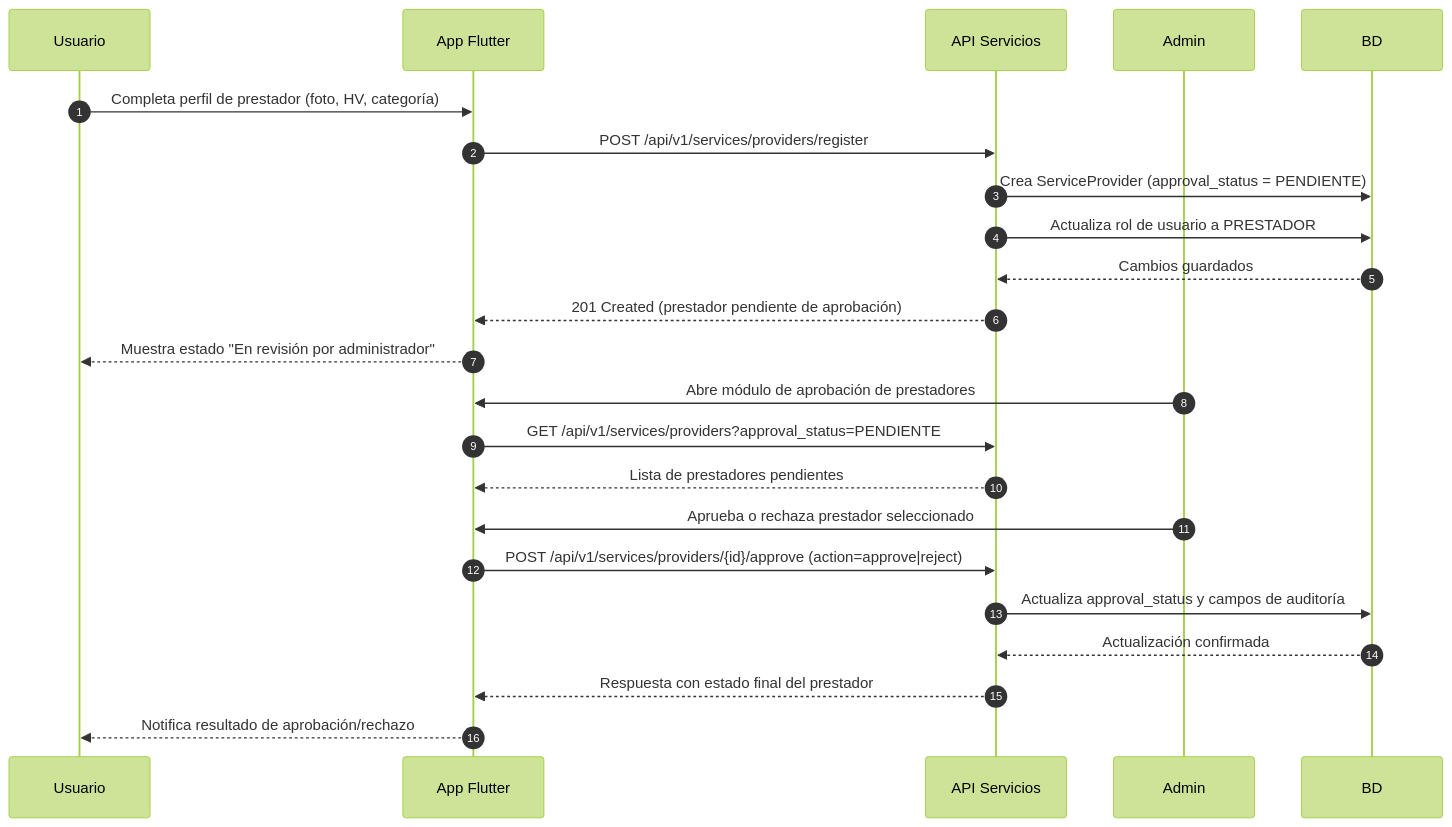
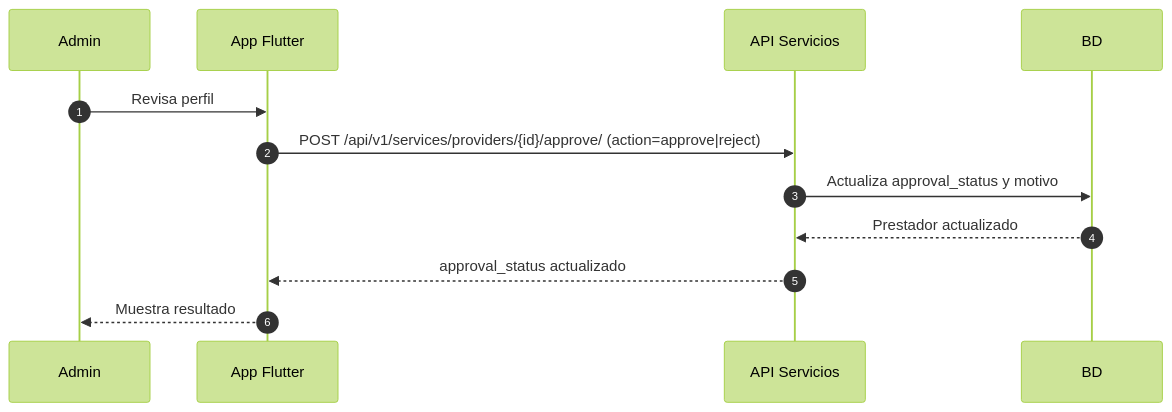
Diagram 18 of 42 in Documento_Desarrollo_Runners.md (Karatsuyu/Runners), drawn with Mermaid (forest theme) before and after one commit. The commit also changed other lines of this file and 4 other files, not shown here.

Commit message:
docs: sync runners documentation and flows

````diff
--- a/Documento_Desarrollo_Runners.md
+++ b/Documento_Desarrollo_Runners.md
@@ -1596,27 +2085,15 @@
 ```mermaid
 sequenceDiagram
     autonumber
-    participant P as Usuario
+    participant A as Admin
     participant F as App Flutter
     participant S as API Servicios
-    participant A as Admin
     participant DB as BD
 
-    P->>F: Completa perfil de prestador (foto, HV, categoría)
-    F->>S: POST /api/v1/services/providers/register
-    S->>DB: Crea ServiceProvider (approval_status = PENDIENTE)
-    S->>DB: Actualiza rol de usuario a PRESTADOR
-    DB-->>S: Cambios guardados
-    S-->>F: 201 Created (prestador pendiente de aprobación)
-    F-->>P: Muestra estado "En revisión por administrador"
-
-    A->>F: Abre módulo de aprobación de prestadores
-    F->>S: GET /api/v1/services/providers?approval_status=PENDIENTE
-    S-->>F: Lista de prestadores pendientes
-    A->>F: Aprueba o rechaza prestador seleccionado
-    F->>S: POST /api/v1/services/providers/{id}/approve (action=approve|reject)
-    S->>DB: Actualiza approval_status y campos de auditoría
-    DB-->>S: Actualización confirmada
-    S-->>F: Respuesta con estado final del prestador
-    F-->>P: Notifica resultado de aprobación/rechazo
+    A->>F: Revisa perfil
+    F->>S: POST /api/v1/services/providers/{id}/approve/ (action=approve|reject)
+    S->>DB: Actualiza approval_status y motivo
+    DB-->>S: Prestador actualizado
+    S-->>F: approval_status actualizado
+    F-->>A: Muestra resultado
 ```
````
